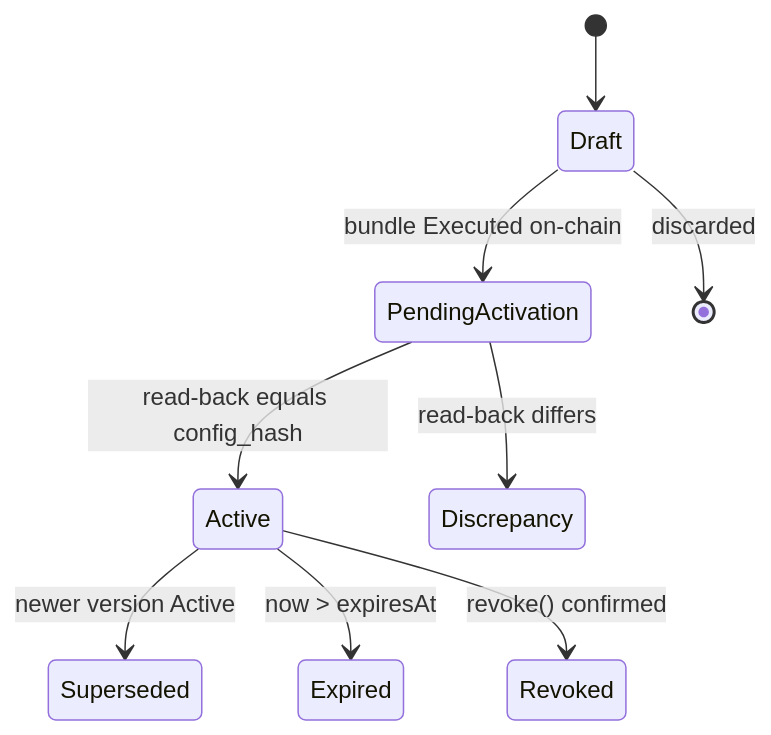
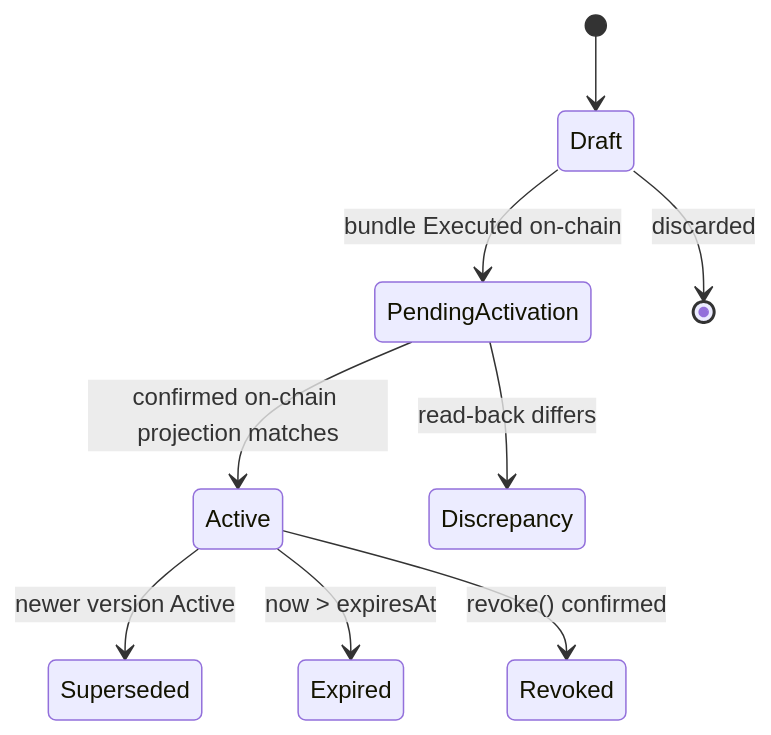
The first of 4 diagrams in docs/modules/mandate/README.md (Nostidus4/TreasuryPilot), drawn with Mermaid before and after one commit. The commit also changed other lines of this file and 7 other files, not shown here.

````diff
--- a/docs/modules/mandate/README.md
+++ b/docs/modules/mandate/README.md
@@ -69,11 +69,11 @@
 ```mermaid
 stateDiagram-v2
   [*] --> Draft
   Draft --> PendingActivation: bundle Executed on-chain
-  PendingActivation --> Active: read-back equals config_hash
+  PendingActivation --> Active: confirmed on-chain projection matches
   PendingActivation --> Discrepancy: read-back differs
   Active --> Superseded: newer version Active
   Active --> Expired: now > expiresAt
   Active --> Revoked: revoke() confirmed
   Draft --> [*]: discarded
 ```
````
